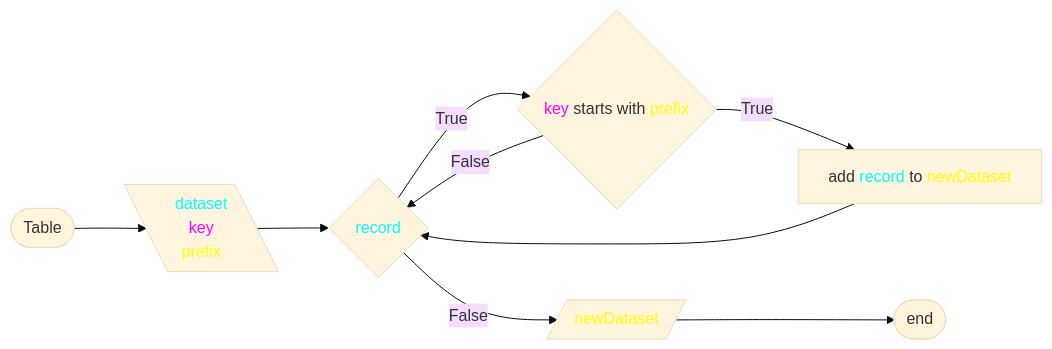
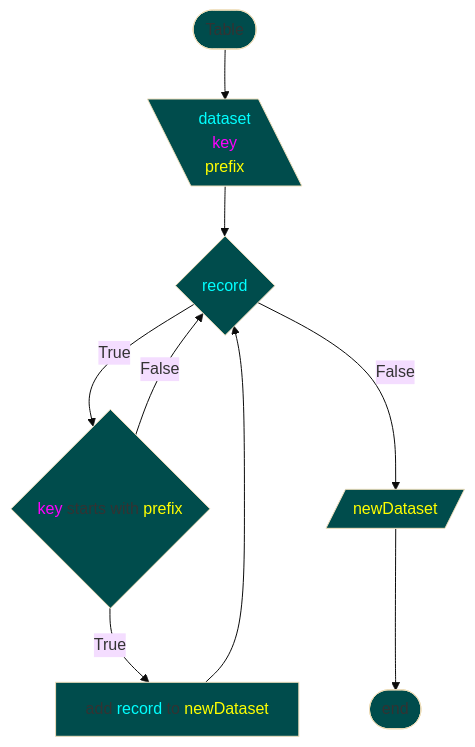
Diagram 14 of 20 in scripts/table/design.md (7s4e/p3), drawn with Mermaid (base theme) before and after one commit. The commit also changed other lines of this file, not shown here.

````diff
--- a/scripts/table/design.md
+++ b/scripts/table/design.md
@@ -420,22 +421,23 @@
 ```mermaid
-flowchart LR
-    STR([Table])
+flowchart
+    classDef fill fill:#004c4c
+    STR([Table]):::fill
         STR --> INP
     INP[\"<span style='color:cyan;'>dataset</span>
           <span style='color:magenta;'>key</span>
-          <span style='color:yellow;'>prefix</span>"\]
+          <span style='color:yellow;'>prefix</span>"\]:::fill
         INP --> RCD
-    RCD{"<span style='color:cyan;'>record</span>"}
+    RCD{"<span style='color:cyan;'>record</span>"}:::fill
         RCD -- True  --> KEY
         KEY -- False --> RCD
         ADD          --> RCD
         RCD -- False --> SET
     KEY{"<span style='color:magenta;'>key</span> starts with <span style=
-             'color:yellow;'>prefix</span>"}
+             'color:yellow;'>prefix</span>"}:::fill
         KEY -- True --> ADD
     ADD["add <span style='color:cyan;'>record</span> to <span style=
-             'color:yellow;'>newDataset</span>"]
-    SET[/"<span style='color:yellow;'>newDataset</span>"/]
+             'color:yellow;'>newDataset</span>"]:::fill
+    SET[/"<span style='color:yellow;'>newDataset</span>"/]:::fill
         SET --> END
-    END([end])
+    END([end]):::fill
 ```
````
